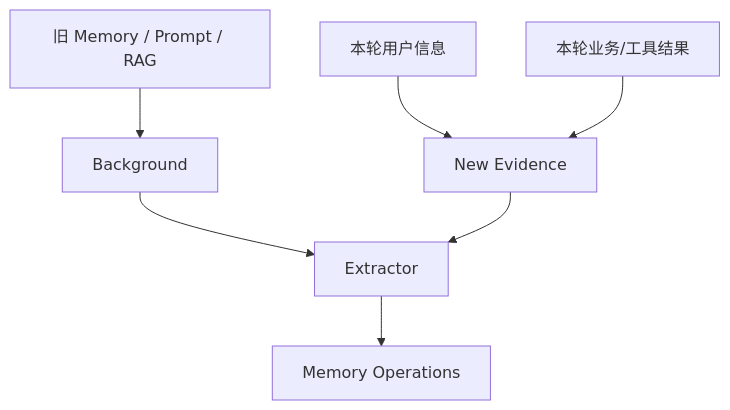
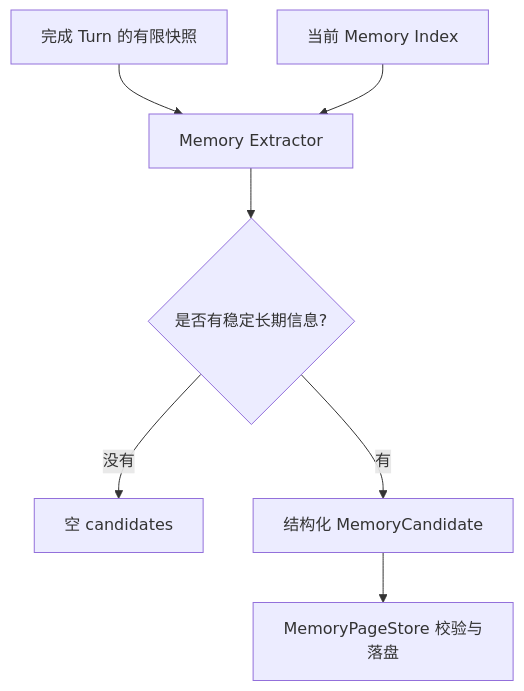
The fifth of 16 diagrams in docs/11-long-term-memory.md (Arthur999459up/GitAgent), drawn with Mermaid before and after one commit. The commit also changed other lines of this file and 3 other files, not shown here.

````diff
--- a/docs/11-long-term-memory.md
+++ b/docs/11-long-term-memory.md
@@ -99,9 +257,9 @@
 ```mermaid
 flowchart TD
-    O[旧 Memory / Prompt / RAG] --> B[Background]
-    U[本轮用户信息] --> E[New Evidence]
-    T[本轮业务/工具结果] --> E
-    B --> X[Extractor]
-    E --> X
-    X --> M[Memory Operations]
+    A[完成 Turn 的有限快照] --> E[Memory Extractor]
+    B[当前 Memory Index] --> E
+    E --> C{是否有稳定长期信息?}
+    C -->|没有| D[空 candidates]
+    C -->|有| F[结构化 MemoryCandidate]
+    F --> G[MemoryPageStore 校验与落盘]
 ```
````
